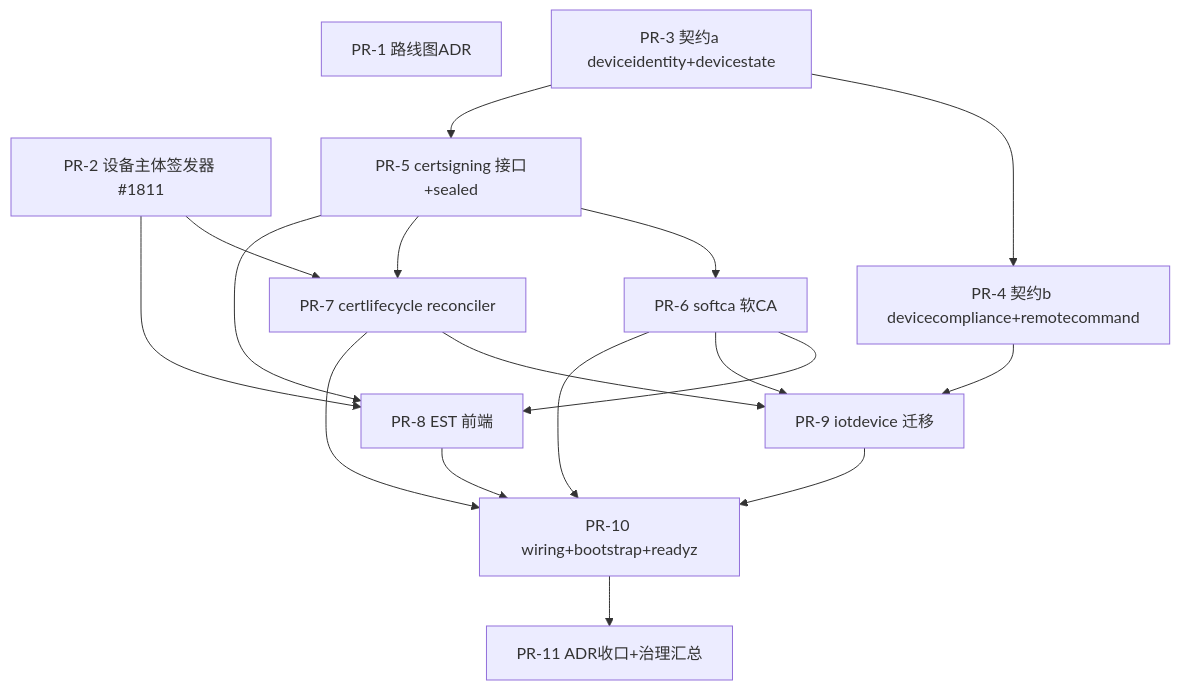
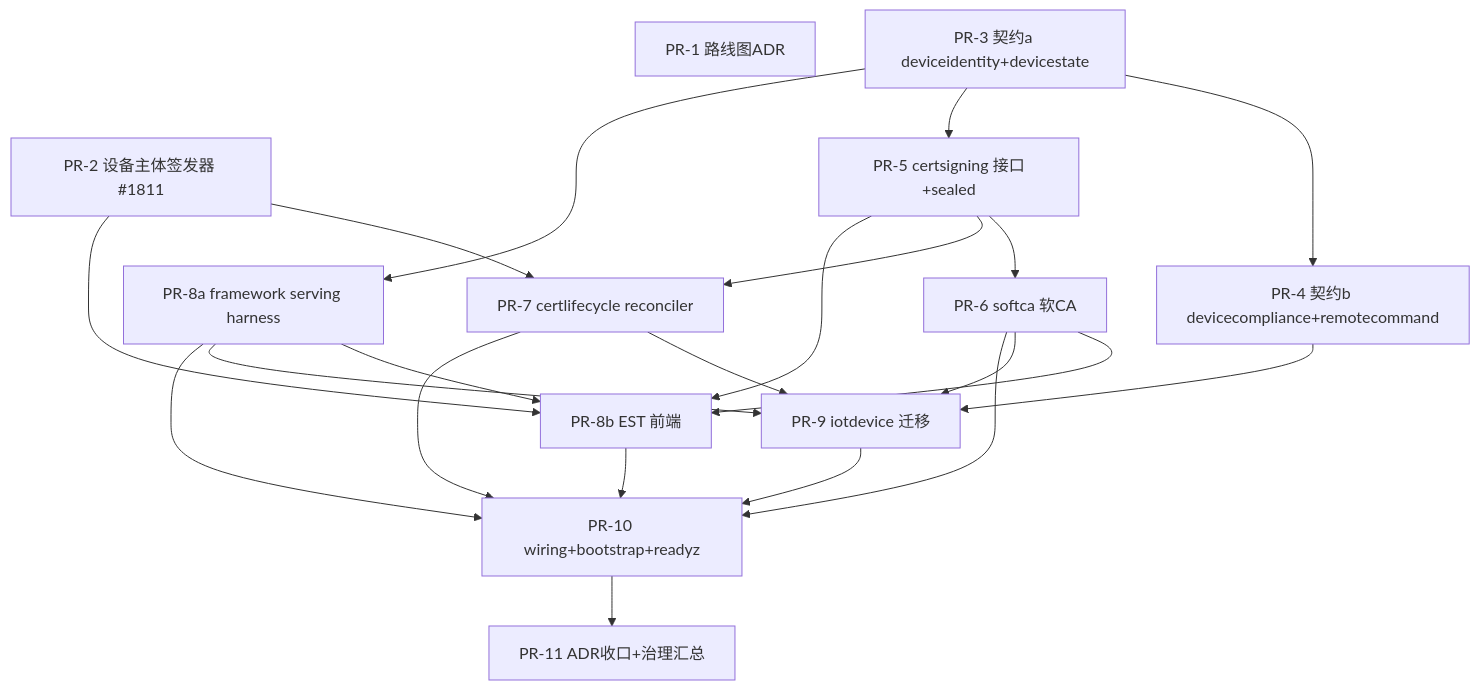
One commit to ghbvf/gocell changed the diagram in docs/plans/specs/1895-device-identity-cert-framework/tasks.md. Above: the diagram before and after it, drawn with Mermaid. The commit also changed other lines of this file, not shown here.

First line of the commit message:
docs(spec): epic 1895 回灌 #1939 framework-owned + PR-8a serving harness 拆分 [#1895]

````diff
--- a/docs/plans/specs/1895-device-identity-cert-framework/tasks.md
+++ b/docs/plans/specs/1895-device-identity-cert-framework/tasks.md
@@ -43,31 +48,36 @@
 ```mermaid
 graph TD
     PR1[PR-1 路线图ADR]
     PR2[PR-2 设备主体签发器 #1811]
     PR3[PR-3 契约a deviceidentity+devicestate]
     PR4[PR-4 契约b devicecompliance+remotecommand]
     PR5[PR-5 certsigning 接口+sealed]
     PR6[PR-6 softca 软CA]
     PR7[PR-7 certlifecycle reconciler]
-    PR8[PR-8 EST 前端]
+    PR8a[PR-8a framework serving harness]
+    PR8b[PR-8b EST 前端]
     PR9[PR-9 iotdevice 迁移]
     PR10[PR-10 wiring+bootstrap+readyz]
     PR11[PR-11 ADR收口+治理汇总]
 
     PR3 --> PR4
     PR3 --> PR5
+    PR3 --> PR8a
     PR5 --> PR6
     PR5 --> PR7
     PR2 --> PR7
-    PR5 --> PR8
-    PR6 --> PR8
-    PR2 --> PR8
+    PR5 --> PR8b
+    PR6 --> PR8b
+    PR2 --> PR8b
+    PR8a --> PR8b
     PR4 --> PR9
     PR6 --> PR9
     PR7 --> PR9
+    PR8a --> PR9
     PR6 --> PR10
     PR7 --> PR10
-    PR8 --> PR10
+    PR8a --> PR10
+    PR8b --> PR10
     PR9 --> PR10
     PR10 --> PR11
 ```
````
